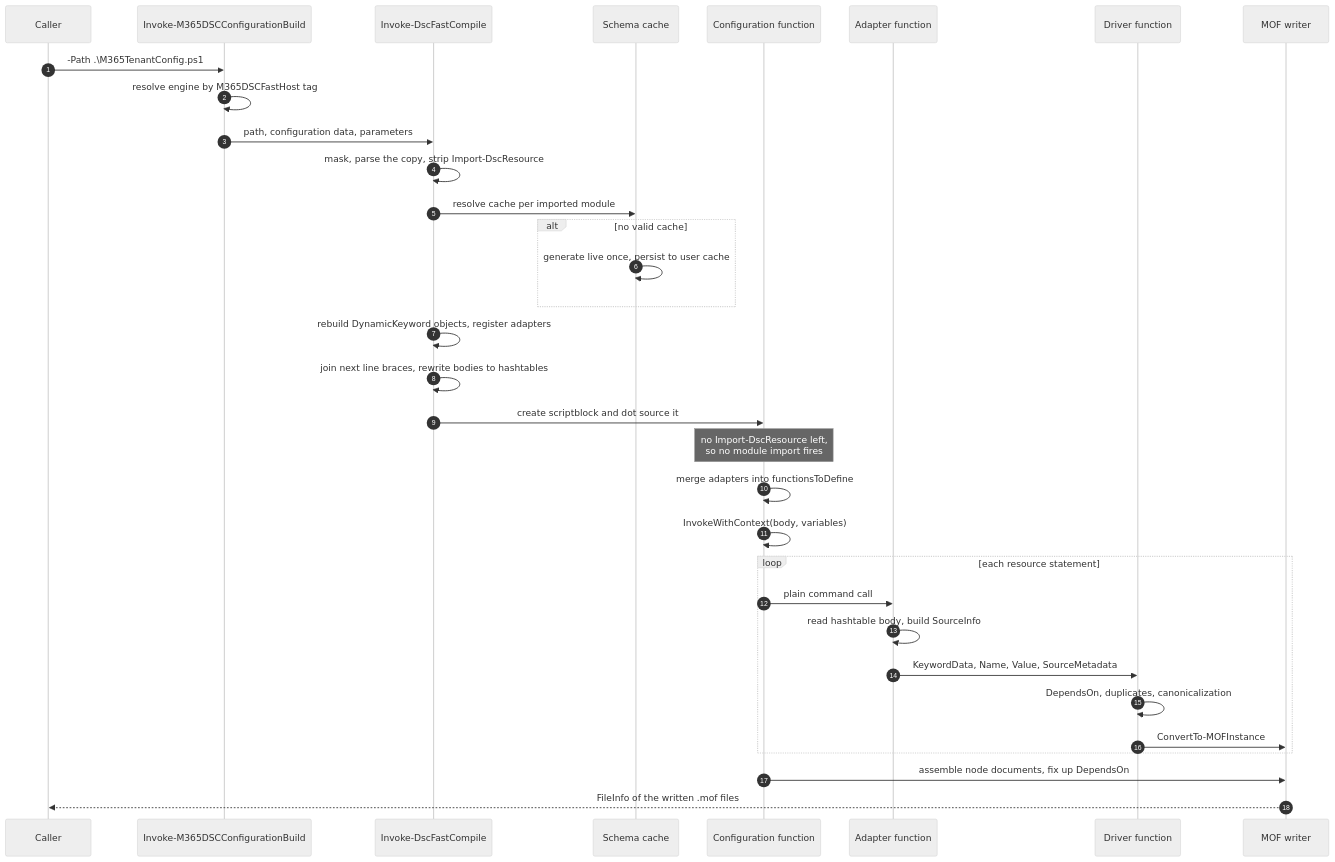
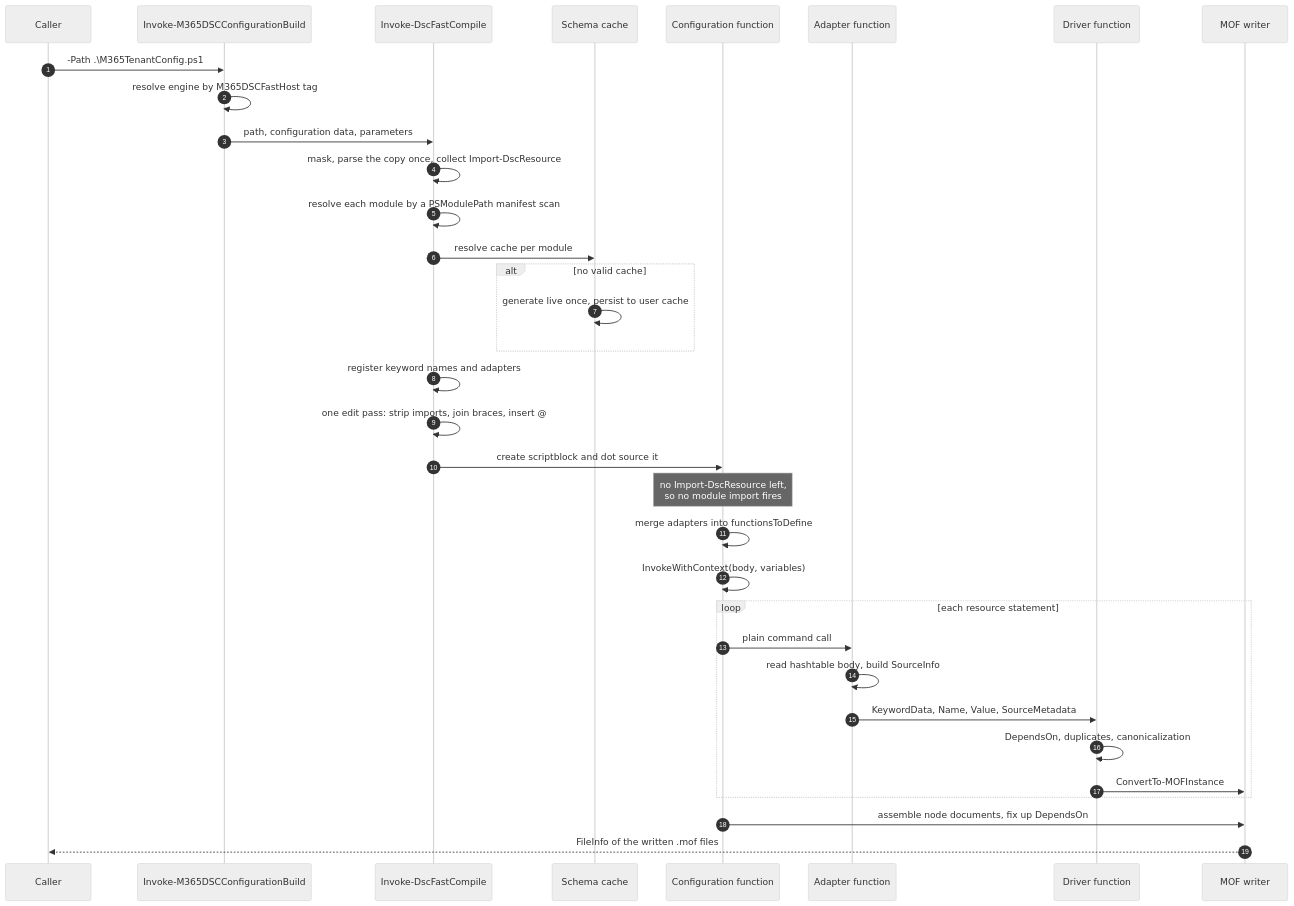
The second of 8 diagrams in docs/ConfigurationFastCompileHost.md (FabienTschanz/Microsoft365DSC), drawn with Mermaid (neutral theme) before and after one commit. The commit also changed other lines of this file and 11 other files, not shown here.

````diff
--- a/docs/ConfigurationFastCompileHost.md
+++ b/docs/ConfigurationFastCompileHost.md
@@ -213,36 +221,37 @@
 ```mermaid
 sequenceDiagram
     autonumber
     participant U as Caller
     participant W as Invoke-M365DSCConfigurationBuild
     participant F as Invoke-DscFastCompile
     participant S as Schema cache
     participant C as Configuration function
     participant A as Adapter function
     participant D as Driver function
     participant M as MOF writer
 
     U->>W: -Path .\M365TenantConfig.ps1
     W->>W: resolve engine by M365DSCFastHost tag
     W->>F: path, configuration data, parameters
-    F->>F: mask, parse the copy, strip Import-DscResource
-    F->>S: resolve cache per imported module
+    F->>F: mask, parse the copy once, collect Import-DscResource
+    F->>F: resolve each module by a PSModulePath manifest scan
+    F->>S: resolve cache per module
     alt no valid cache
         S->>S: generate live once, persist to user cache
     end
-    F->>F: rebuild DynamicKeyword objects, register adapters
-    F->>F: join next line braces, rewrite bodies to hashtables
+    F->>F: register keyword names and adapters
+    F->>F: one edit pass: strip imports, join braces, insert @
     F->>C: create scriptblock and dot source it
     Note over C: no Import-DscResource left,<br/>so no module import fires
     C->>C: merge adapters into functionsToDefine
     C->>C: InvokeWithContext(body, variables)
     loop each resource statement
         C->>A: plain command call
         A->>A: read hashtable body, build SourceInfo
         A->>D: KeywordData, Name, Value, SourceMetadata
         D->>D: DependsOn, duplicates, canonicalization
         D->>M: ConvertTo-MOFInstance
     end
     C->>M: assemble node documents, fix up DependsOn
     M-->>U: FileInfo of the written .mof files
 ```
````
